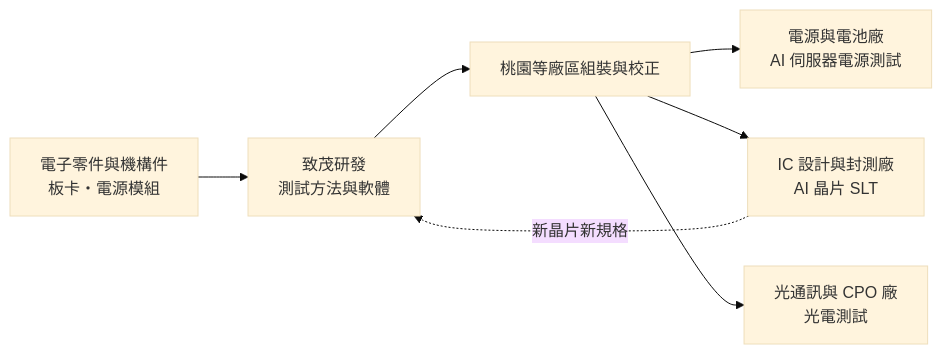
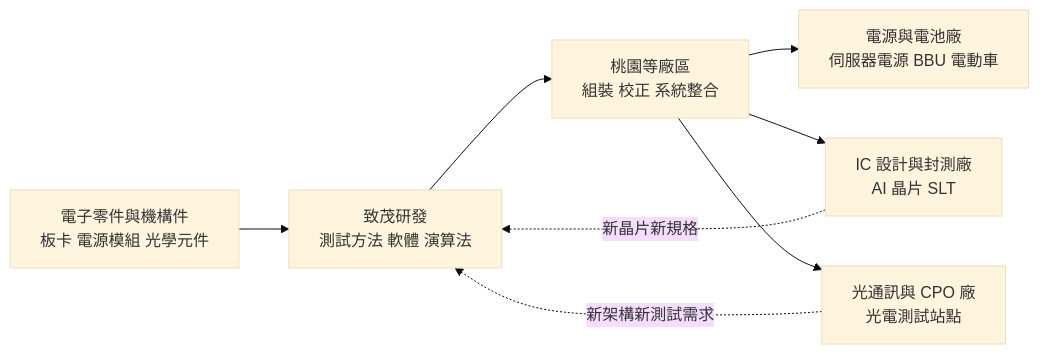
Before and after one commit to wangnick1004/taiwan-stock-vault: the second of 4 diagrams in 個股/台股/2360致茂.md, drawn with Mermaid (base theme). The commit also changed other lines of this file and 10 other files, not shown here.

````diff
--- a/個股/台股/2360致茂.md
+++ b/個股/台股/2360致茂.md
@@ -71,9 +70,10 @@
 ```mermaid
 flowchart LR
-    A["電子零件與機構件<br/>板卡・電源模組"] --> B["致茂研發<br/>測試方法與軟體"]
-    B --> C["桃園等廠區組裝與校正"]
-    C --> D1["電源與電池廠<br/>AI 伺服器電源測試"]
+    A["電子零件與機構件<br/>板卡 電源模組 光學元件"] --> B["致茂研發<br/>測試方法 軟體 演算法"]
+    B --> C["桃園等廠區<br/>組裝 校正 系統整合"]
+    C --> D1["電源與電池廠<br/>伺服器電源 BBU 電動車"]
     C --> D2["IC 設計與封測廠<br/>AI 晶片 SLT"]
-    C --> D3["光通訊與 CPO 廠<br/>光電測試"]
+    C --> D3["光通訊與 CPO 廠<br/>光電測試站點"]
     D2 -. 新晶片新規格 .-> B
+    D3 -. 新架構新測試需求 .-> B
 ```
````
